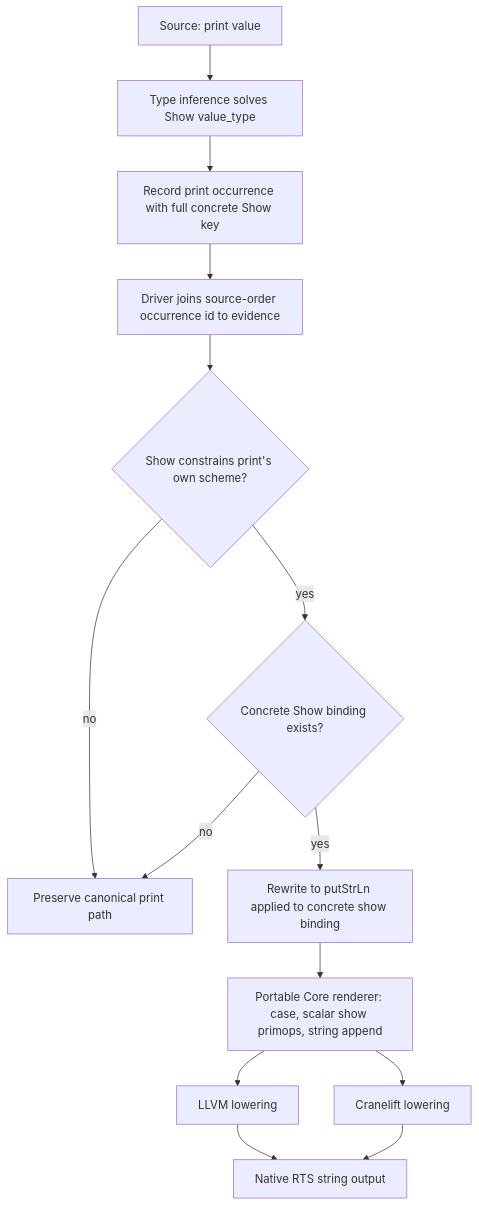
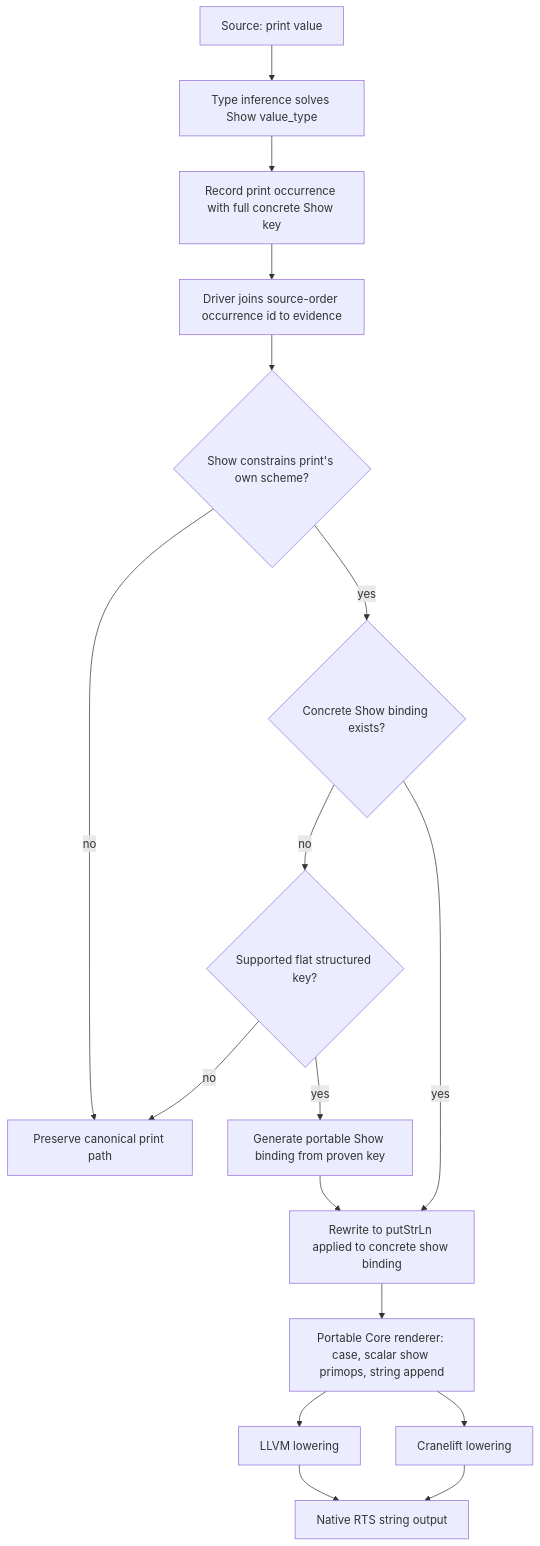
The diagram in spec-chirho/workflows-chirho/print-show-evidence-chirho.md (loveJesus/haskelujah-chirho), drawn with Mermaid before and after one commit. The commit also changed other lines of this file and 7 other files, not shown here.

Commit message:
fix: materialize evidenced Maybe and Either native Show rows

````diff
--- a/spec-chirho/workflows-chirho/print-show-evidence-chirho.md
+++ b/spec-chirho/workflows-chirho/print-show-evidence-chirho.md
@@ -10,16 +10,19 @@
 ```mermaid
 flowchart TD
     source_chirho[Source: print value] --> infer_chirho[Type inference solves Show value_type]
     infer_chirho --> occurrence_chirho[Record print occurrence with full concrete Show key]
     occurrence_chirho --> join_chirho[Driver joins source-order occurrence id to evidence]
     join_chirho --> validate_chirho{Show constrains print's own scheme?}
     validate_chirho -->|no| fallback_chirho[Preserve canonical print path]
     validate_chirho -->|yes| instance_chirho{Concrete Show binding exists?}
-    instance_chirho -->|no| fallback_chirho
+    instance_chirho -->|no| materialize_chirho{Supported flat structured key?}
+    materialize_chirho -->|no| fallback_chirho
+    materialize_chirho -->|yes| generate_chirho[Generate portable Show binding from proven key]
+    generate_chirho --> rewrite_chirho
     instance_chirho -->|yes| rewrite_chirho[Rewrite to putStrLn applied to concrete show binding]
     rewrite_chirho --> core_show_chirho[Portable Core renderer: case, scalar show primops, string append]
     core_show_chirho --> llvm_chirho[LLVM lowering]
     core_show_chirho --> cranelift_chirho[Cranelift lowering]
     llvm_chirho --> rts_chirho[Native RTS string output]
     cranelift_chirho --> rts_chirho
 ```
````
